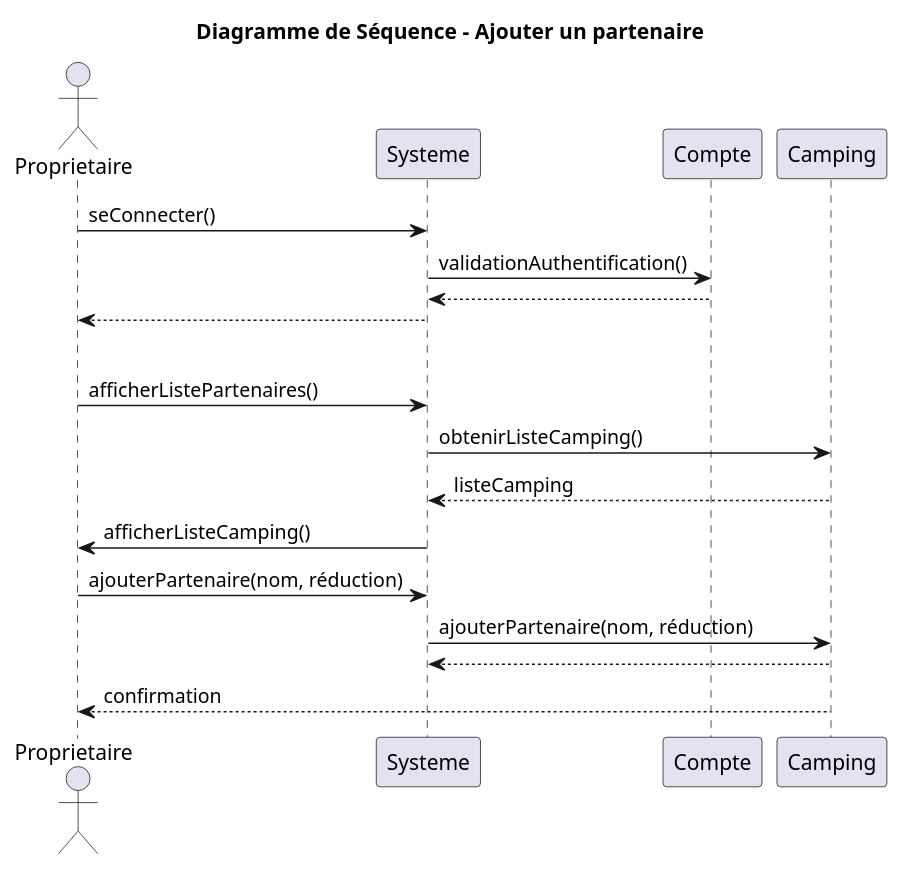
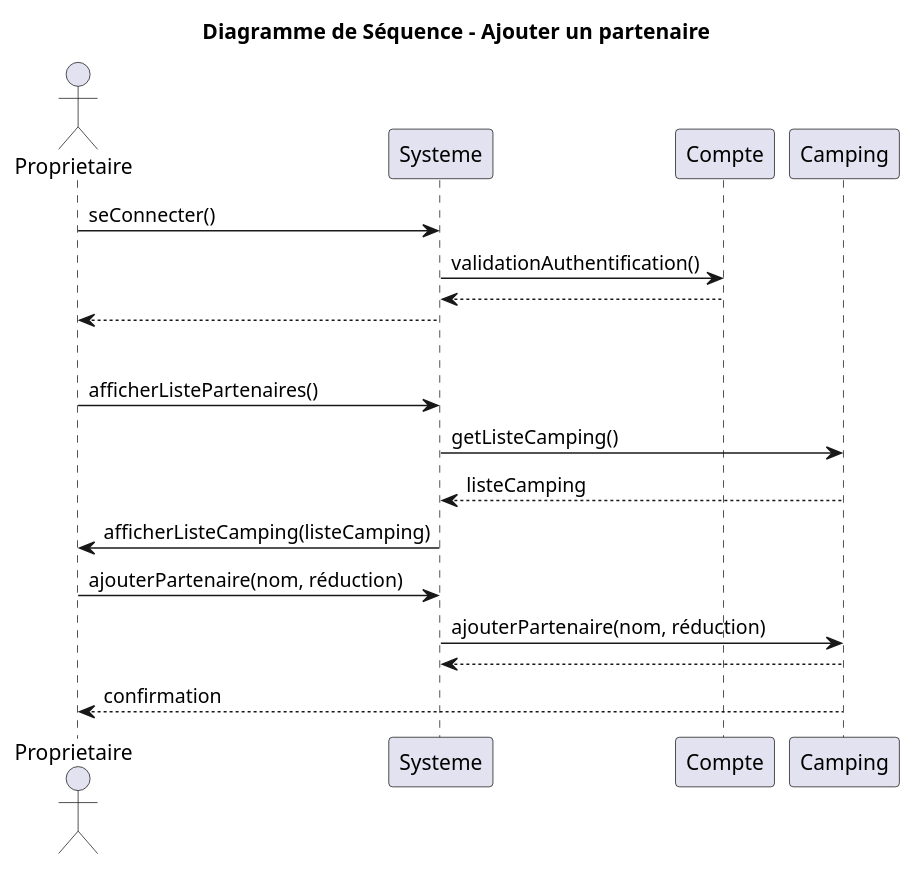
One commit to Egario54/ProjetClubNautique changed the diagram in UML/Diagramme_séquence_ajouter_partenaire.puml. Above: the diagram before and after it, drawn with PlantUML. The commit also changed 13 other files, not shown here.

First line of the commit message:
Ajout du diagramme de classe

```diff
--- a/UML/Diagramme_séquence_ajouter_partenaire.puml
+++ b/UML/Diagramme_séquence_ajouter_partenaire.puml
@@ -1,27 +1,27 @@
 @startuml
 title Diagramme de Séquence - Ajouter un partenaire
 actor Proprietaire
 participant Systeme
 participant Compte
 participant Camping
 
 'Connexion à un compte'
 Proprietaire -> Systeme: seConnecter()
 Systeme -> Compte: validationAuthentification()
 return
 Systeme --> Proprietaire
 
 'Séparation'
 |||
 
 'Ajouter un partenaire'
 Proprietaire -> Systeme: afficherListePartenaires()
-Systeme -> Camping: obtenirListeCamping()
+Systeme -> Camping: getListeCamping()
 Camping --> Systeme: listeCamping
-Systeme -> Proprietaire: afficherListeCamping()
+Systeme -> Proprietaire: afficherListeCamping(listeCamping)
 
 Proprietaire -> Systeme: ajouterPartenaire(nom, réduction)
 Systeme -> Camping: ajouterPartenaire(nom, réduction)
 return
 Camping --> Proprietaire: confirmation
 @enduml
```
